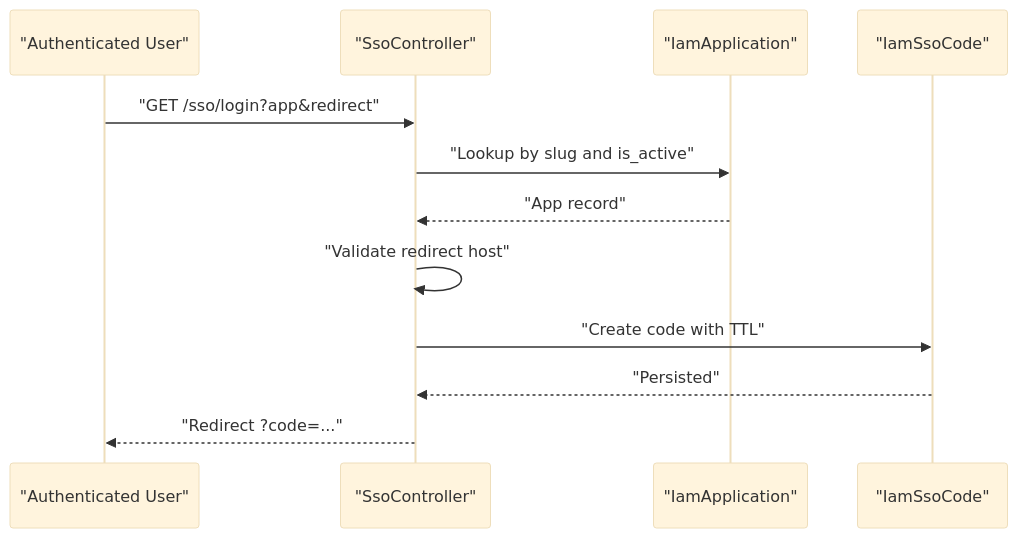
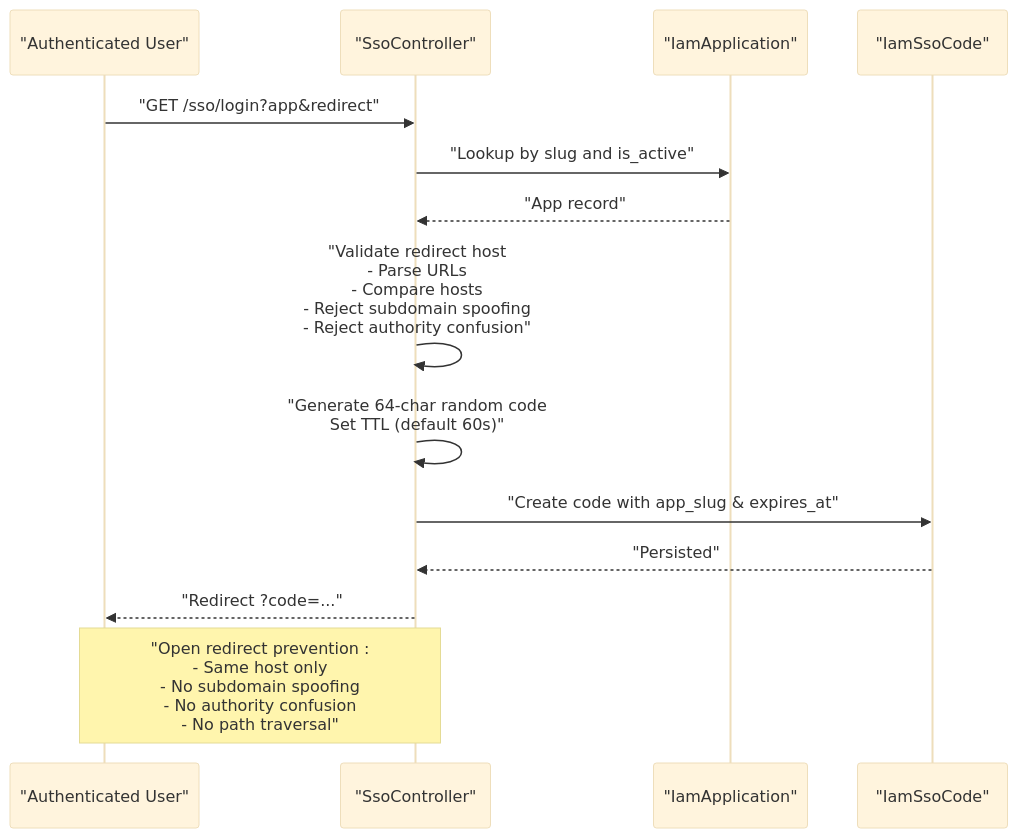
Before and after one commit to PA-Penajam/kepegawaian_apps: the fifth of 6 diagrams in .qoder/repowiki/en/content/Backend Architecture/Controller Layer/API Controllers.md, drawn with Mermaid (base theme). The commit also changed other lines of this file and 13 other files, not shown here.

````diff
--- a/.qoder/repowiki/en/content/Backend Architecture/Controller Layer/API Controllers.md
+++ b/.qoder/repowiki/en/content/Backend Architecture/Controller Layer/API Controllers.md
@@ -255,14 +312,16 @@
 ```mermaid
 sequenceDiagram
 participant User as "Authenticated User"
 participant SSO as "SsoController"
 participant App as "IamApplication"
 participant Code as "IamSsoCode"
 User->>SSO : "GET /sso/login?app&redirect"
 SSO->>App : "Lookup by slug and is_active"
 App-->>SSO : "App record"
-SSO->>SSO : "Validate redirect host"
-SSO->>Code : "Create code with TTL"
+SSO->>SSO : "Validate redirect host<br/>- Parse URLs<br/>- Compare hosts<br/>- Reject subdomain spoofing<br/>- Reject authority confusion"
+SSO->>SSO : "Generate 64-char random code<br/>Set TTL (default 60s)"
+SSO->>Code : "Create code with app_slug & expires_at"
 Code-->>SSO : "Persisted"
 SSO-->>User : "Redirect ?code=..."
+Note over User,SSO : "Open redirect prevention : <br/>- Same host only<br/>- No subdomain spoofing<br/>- No authority confusion<br/>- No path traversal"
 ```
````
